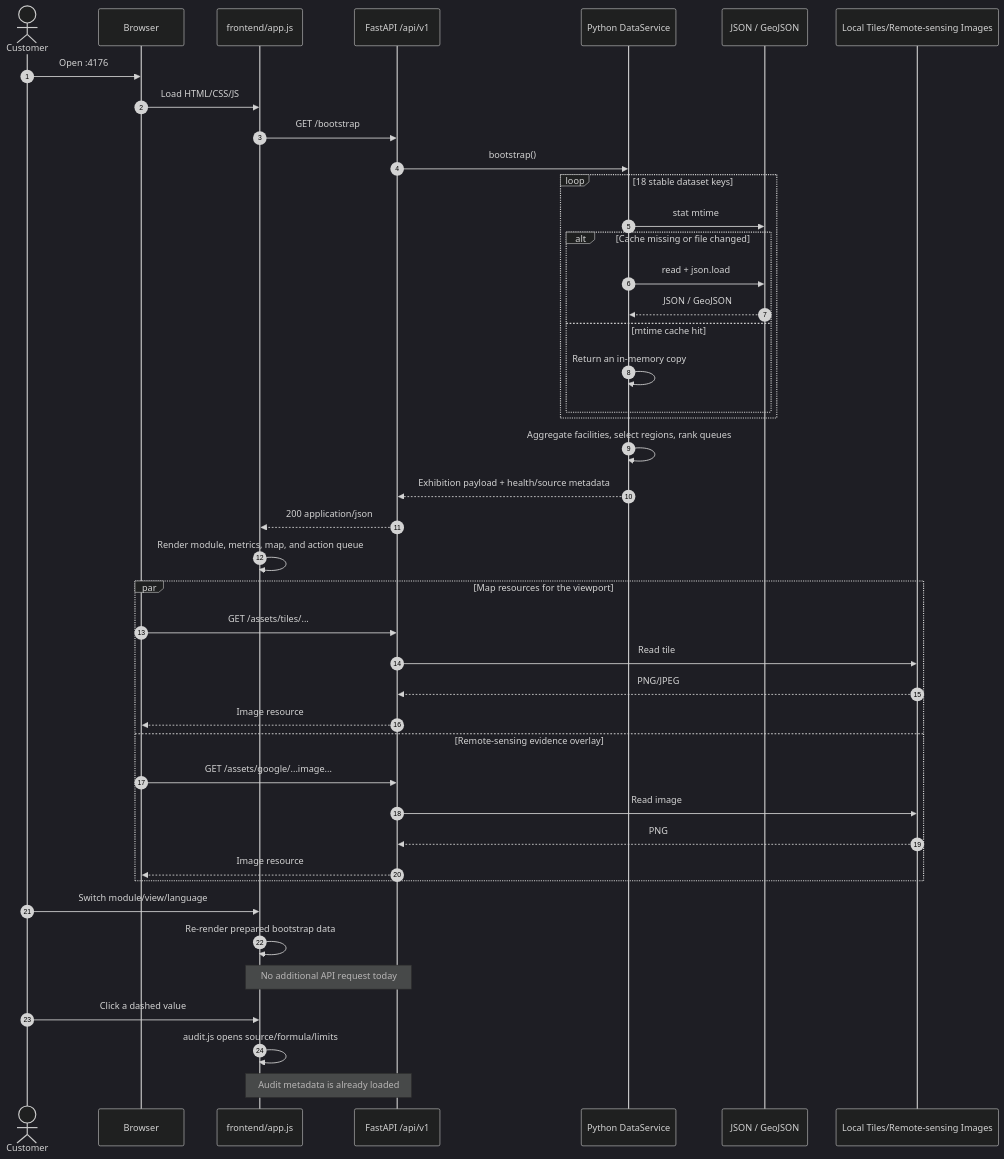
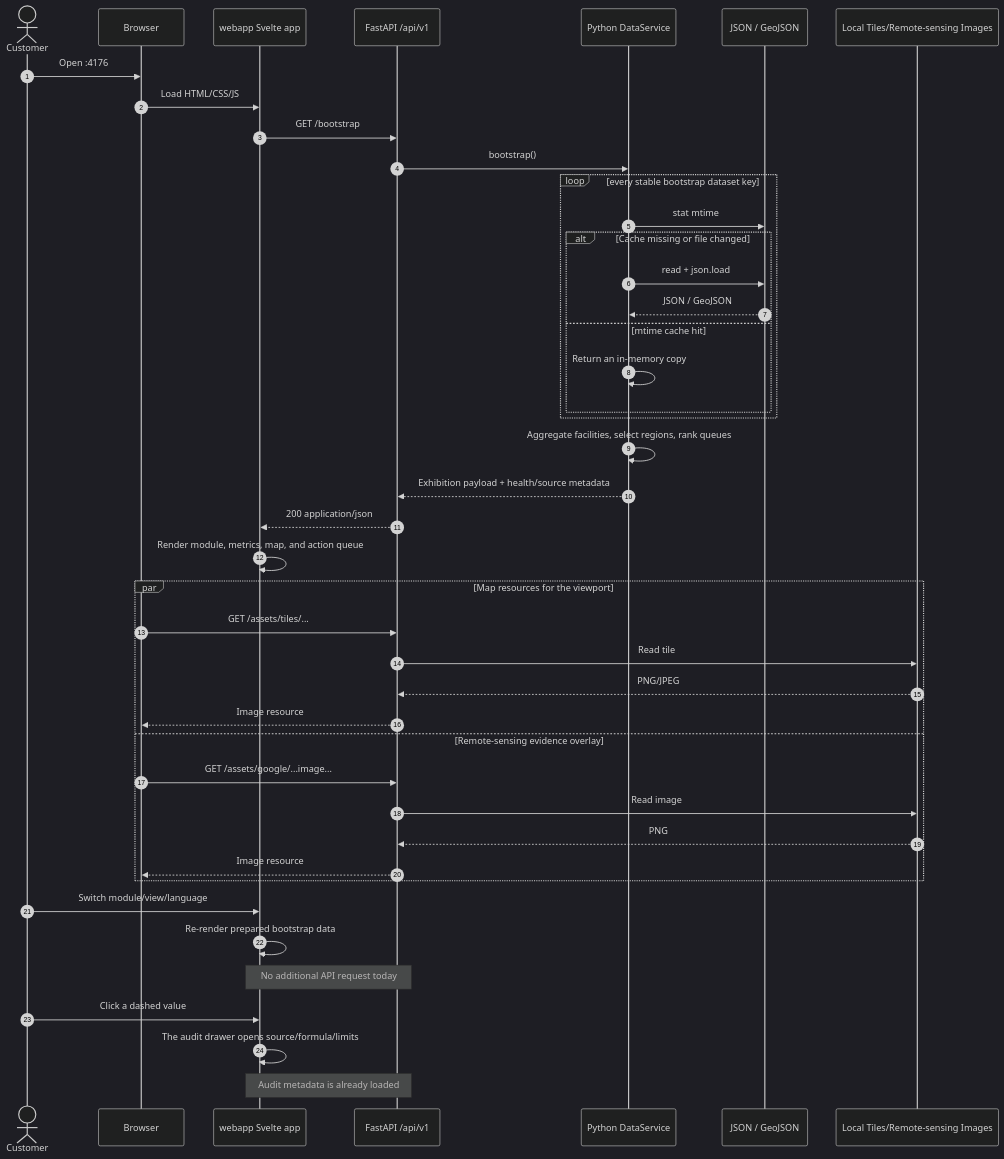
The second of 3 diagrams in docs/architecture/FRONTEND_BACKEND.md (TsumiNa/terrai-spatial-intelligence), drawn with Mermaid (dark theme) before and after one commit. The commit also changed other lines of this file and 19 other files, not shown here.

````diff
--- a/docs/architecture/FRONTEND_BACKEND.md
+++ b/docs/architecture/FRONTEND_BACKEND.md
@@ -72,49 +72,49 @@
 ```mermaid
 sequenceDiagram
     autonumber
     actor Customer
     participant Browser
-    participant Frontend as frontend/app.js
+    participant Frontend as webapp Svelte app
     participant API as FastAPI /api/v1
     participant Service as Python DataService
     participant FL as JSON / GeoJSON
     participant Assets as Local Tiles/Remote-sensing Images
 
     Customer->>Browser: Open :4176
     Browser->>Frontend: Load HTML/CSS/JS
     Frontend->>API: GET /bootstrap
     API->>Service: bootstrap()
-    loop 18 stable dataset keys
+    loop every stable bootstrap dataset key
         Service->>FL: stat mtime
         alt Cache missing or file changed
             Service->>FL: read + json.load
             FL-->>Service: JSON / GeoJSON
         else mtime cache hit
             Service->>Service: Return an in-memory copy
         end
     end
     Service->>Service: Aggregate facilities, select regions, rank queues
     Service-->>API: Exhibition payload + health/source metadata
     API-->>Frontend: 200 application/json
     Frontend->>Frontend: Render module, metrics, map, and action queue
 
     par Map resources for the viewport
         Browser->>API: GET /assets/tiles/...
         API->>Assets: Read tile
         Assets-->>API: PNG/JPEG
         API-->>Browser: Image resource
     and Remote-sensing evidence overlay
         Browser->>API: GET /assets/google/...image...
         API->>Assets: Read image
         Assets-->>API: PNG
         API-->>Browser: Image resource
     end
 
     Customer->>Frontend: Switch module/view/language
     Frontend->>Frontend: Re-render prepared bootstrap data
     Note over Frontend,API: No additional API request today
 
     Customer->>Frontend: Click a dashed value
-    Frontend->>Frontend: audit.js opens source/formula/limits
+    Frontend->>Frontend: The audit drawer opens source/formula/limits
     Note over Frontend,API: Audit metadata is already loaded
 ```
````
